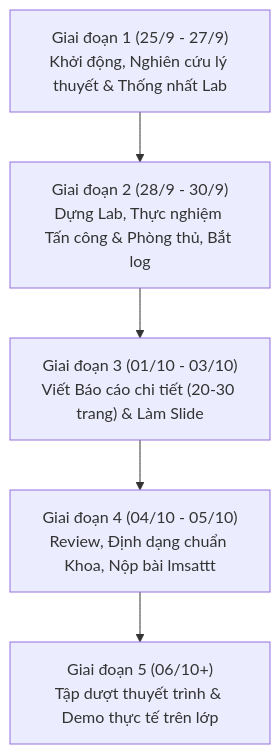
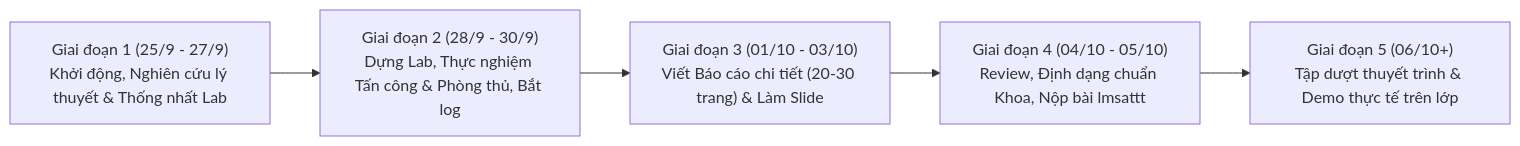
Before and after one commit to ungtrinh996-creator/CSATTT_Termpoject: the diagram in KE_HOACH_THUC_HIEN_BTL_NHOM_1.md, drawn with Mermaid. The commit also changed other lines of this file and 11 other files, not shown here.

````diff
--- a/KE_HOACH_THUC_HIEN_BTL_NHOM_1.md
+++ b/KE_HOACH_THUC_HIEN_BTL_NHOM_1.md
@@ -133,10 +113,10 @@
 ```mermaid
-flowchart TD
+flowchart LR
     G1["Giai đoạn 1 (25/9 - 27/9)<br/>Khởi động, Nghiên cứu lý thuyết & Thống nhất Lab"]
     G2["Giai đoạn 2 (28/9 - 30/9)<br/>Dựng Lab, Thực nghiệm Tấn công & Phòng thủ, Bắt log"]
     G3["Giai đoạn 3 (01/10 - 03/10)<br/>Viết Báo cáo chi tiết (20-30 trang) & Làm Slide"]
     G4["Giai đoạn 4 (04/10 - 05/10)<br/>Review, Định dạng chuẩn Khoa, Nộp bài lmsattt"]
     G5["Giai đoạn 5 (06/10+)<br/>Tập dượt thuyết trình & Demo thực tế trên lớp"]
 
     G1 --> G2 --> G3 --> G4 --> G5
 ```
````
